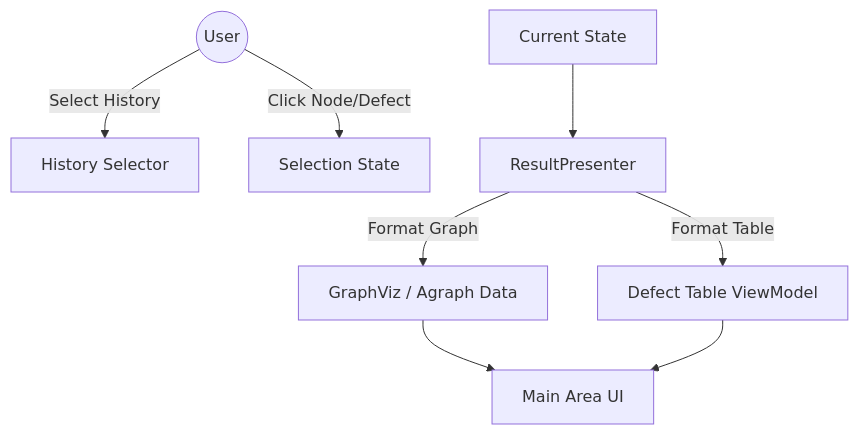
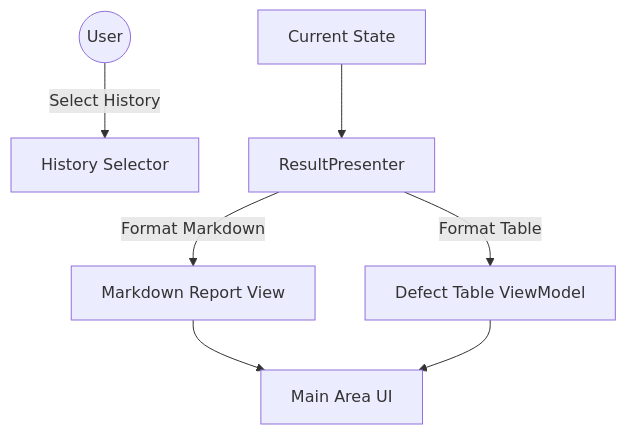
One commit to Ngano003/requirement-support2 changed the fourth of 4 diagrams in doc/architecture_spec.md. Above: the diagram before and after it, drawn with Mermaid. The commit also changed other lines of this file and 11 other files, not shown here.

````diff
--- a/doc/architecture_spec.md
+++ b/doc/architecture_spec.md
@@ -381,13 +290,12 @@
 ```mermaid
 flowchart TD
     User((User)) --> |Select History| Filters[History Selector]
-    User --> |Click Node/Defect| Select[Selection State]
     
     UsingState[Current State] --> Presenter[ResultPresenter]
     
-    Presenter --> |Format Graph| VizData[GraphViz / Agraph Data]
+    Presenter --> |Format Markdown| ReportView[Markdown Report View]
     Presenter --> |Format Table| DefectData[Defect Table ViewModel]
     
-    VizData --> MainUI[Main Area UI]
+    ReportView --> MainUI[Main Area UI]
     DefectData --> MainUI
 ```
````
